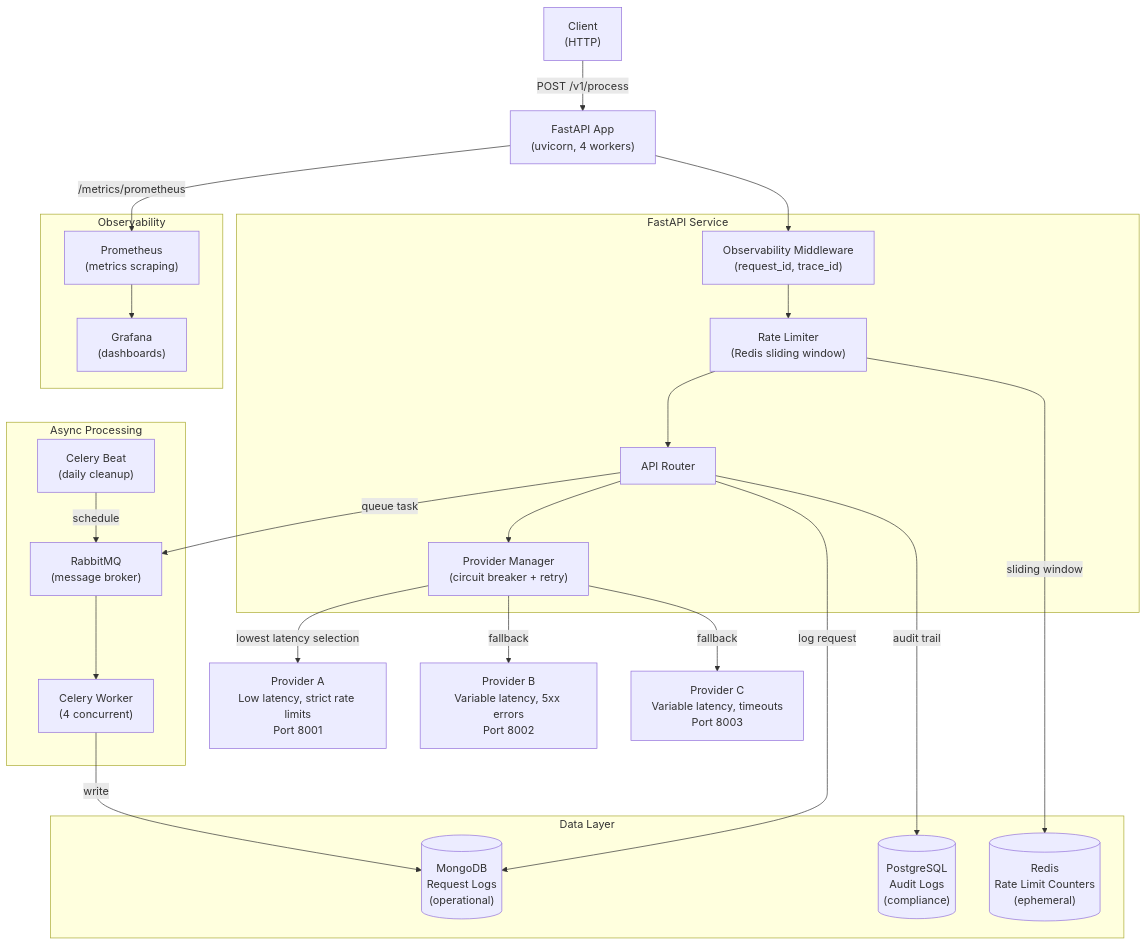
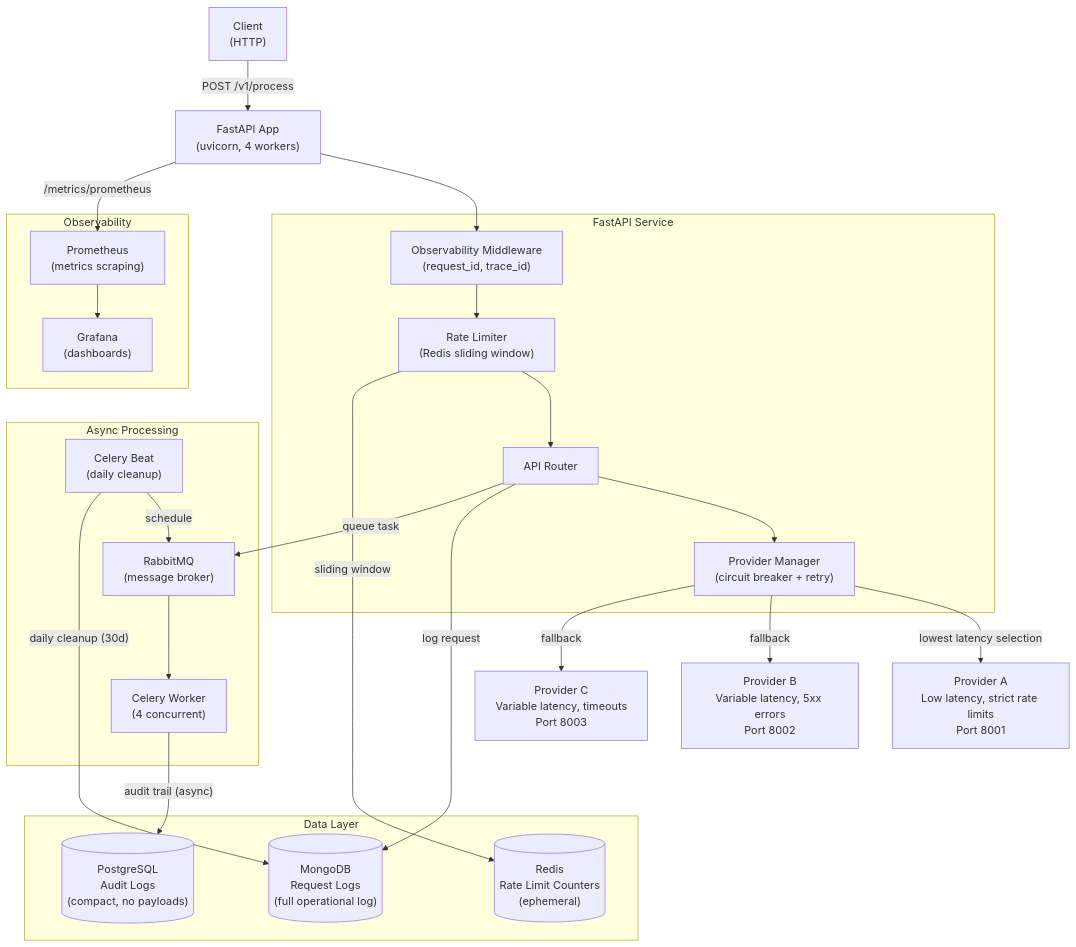
Before and after one commit to alisoltanics/proxy-service-fastapi: the first of 2 diagrams in README.md, drawn with Mermaid. The commit also changed other lines of this file, not shown here.

Commit message:
docs: reflect compact async audit log architecture

````diff
--- a/README.md
+++ b/README.md
@@ -7,46 +7,46 @@
 ```mermaid
 graph TB
     Client["Client<br/>(HTTP)"] -->|"POST /v1/process"| FastAPI["FastAPI App<br/>(uvicorn, 4 workers)"]
     
     subgraph "FastAPI Service"
         Middleware["Observability Middleware<br/>(request_id, trace_id)"]
         RateLimiter["Rate Limiter<br/>(Redis sliding window)"]
         Router["API Router"]
         ProviderMgr["Provider Manager<br/>(circuit breaker + retry)"]
     end
     
     FastAPI --> Middleware --> RateLimiter --> Router --> ProviderMgr
     
     ProviderMgr -->|"lowest latency selection"| PA["Provider A<br/>Low latency, strict rate limits<br/>Port 8001"]
     ProviderMgr -->|"fallback"| PB["Provider B<br/>Variable latency, 5xx errors<br/>Port 8002"]
     ProviderMgr -->|"fallback"| PC["Provider C<br/>Variable latency, timeouts<br/>Port 8003"]
     
     subgraph "Data Layer"
-        MongoDB[("MongoDB<br/>Request Logs<br/>(operational)")]
-        PostgreSQL[("PostgreSQL<br/>Audit Logs<br/>(compliance)")]
+        MongoDB[("MongoDB<br/>Request Logs<br/>(full operational log)")]
+        PostgreSQL[("PostgreSQL<br/>Audit Logs<br/>(compact, no payloads)")]
         Redis[("Redis<br/>Rate Limit Counters<br/>(ephemeral)")]
     end
     
     Router -->|"log request"| MongoDB
-    Router -->|"audit trail"| PostgreSQL
     RateLimiter -->|"sliding window"| Redis
     
     subgraph "Async Processing"
         RabbitMQ["RabbitMQ<br/>(message broker)"]
         CeleryWorker["Celery Worker<br/>(4 concurrent)"]
         CeleryBeat["Celery Beat<br/>(daily cleanup)"]
     end
     
     Router -->|"queue task"| RabbitMQ
     RabbitMQ --> CeleryWorker
     CeleryBeat -->|"schedule"| RabbitMQ
-    CeleryWorker -->|"write"| MongoDB
+    CeleryWorker -->|"audit trail (async)"| PostgreSQL
+    CeleryBeat -->|"daily cleanup (30d)"| MongoDB
     
     subgraph "Observability"
         Prometheus["Prometheus<br/>(metrics scraping)"]
         Grafana["Grafana<br/>(dashboards)"]
     end
     
     FastAPI -->|"/metrics/prometheus"| Prometheus
     Prometheus --> Grafana
 ```
````
